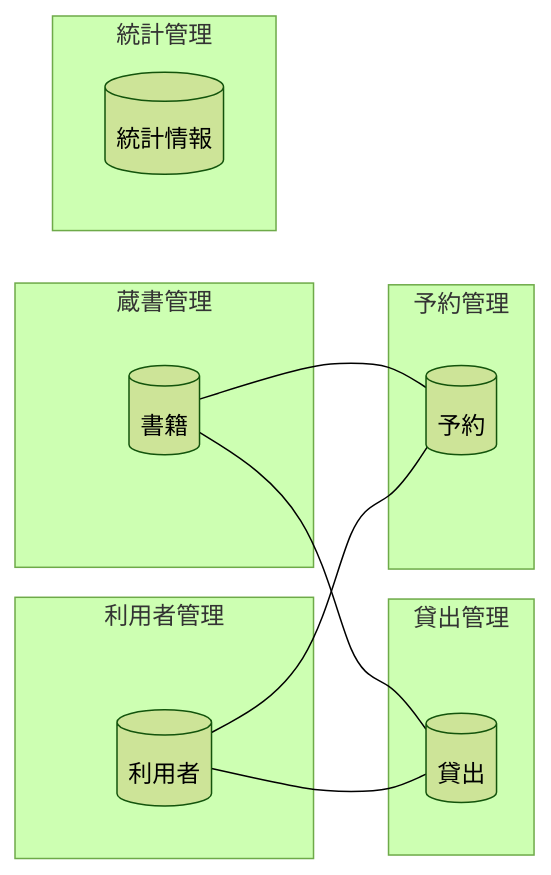
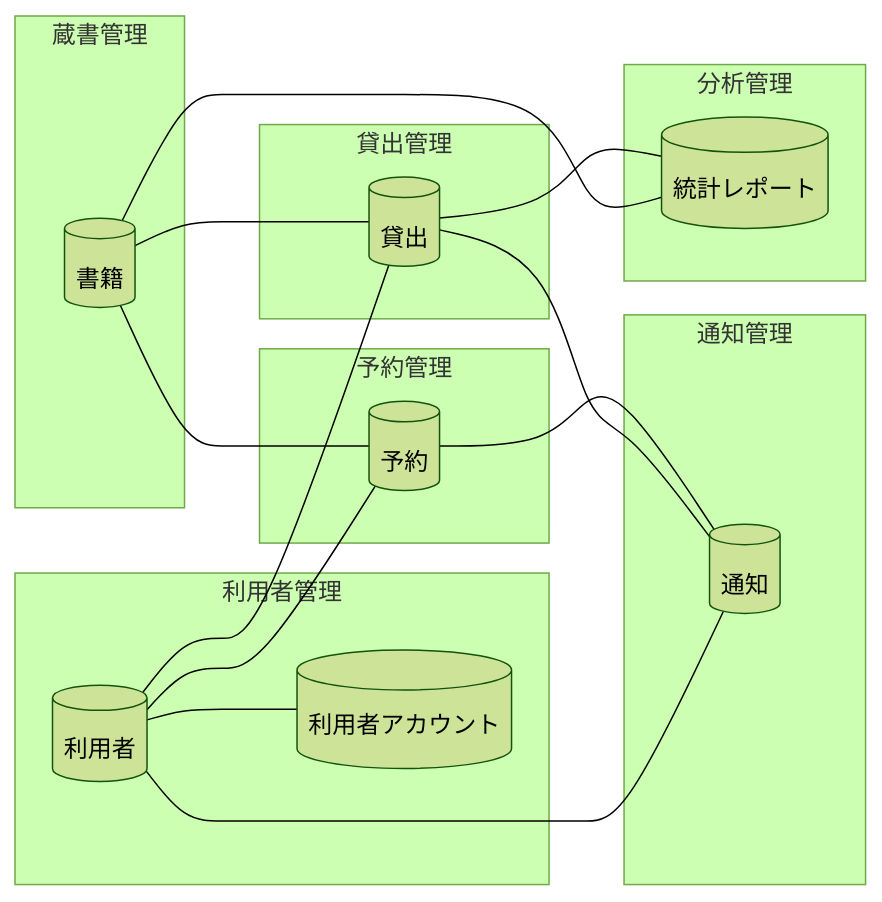
Before and after one commit to suwa-sh/suwa-sh-claude-plugins: the diagram in samples/distillery/pipeline/rdra/latest/views/05_情報モデル.md, drawn with Mermaid (forest theme). The commit also changed other lines of this file and 1723 other files, not shown here.

````diff
--- a/samples/distillery/pipeline/rdra/latest/views/05_情報モデル.md
+++ b/samples/distillery/pipeline/rdra/latest/views/05_情報モデル.md
@@ -7,22 +7,32 @@
 ```mermaid
 graph LR
   subgraph CX1["蔵書管理"]
     IF1[("書籍")]
   end
   subgraph CX2["利用者管理"]
     IF2[("利用者")]
+    IF3[("利用者アカウント")]
   end
   subgraph CX3["貸出管理"]
-    IF3[("貸出")]
+    IF4[("貸出")]
   end
   subgraph CX4["予約管理"]
-    IF4[("予約")]
+    IF5[("予約")]
   end
-  subgraph CX5["統計管理"]
-    IF5[("統計情報")]
+  subgraph CX5["通知管理"]
+    IF6[("通知")]
   end
-  IF1 --- IF3
+  subgraph CX6["分析管理"]
+    IF7[("統計レポート")]
+  end
   IF1 --- IF4
+  IF1 --- IF5
+  IF1 --- IF7
   IF2 --- IF3
   IF2 --- IF4
+  IF2 --- IF5
+  IF2 --- IF6
+  IF4 --- IF6
+  IF4 --- IF7
+  IF5 --- IF6
 ```
````
